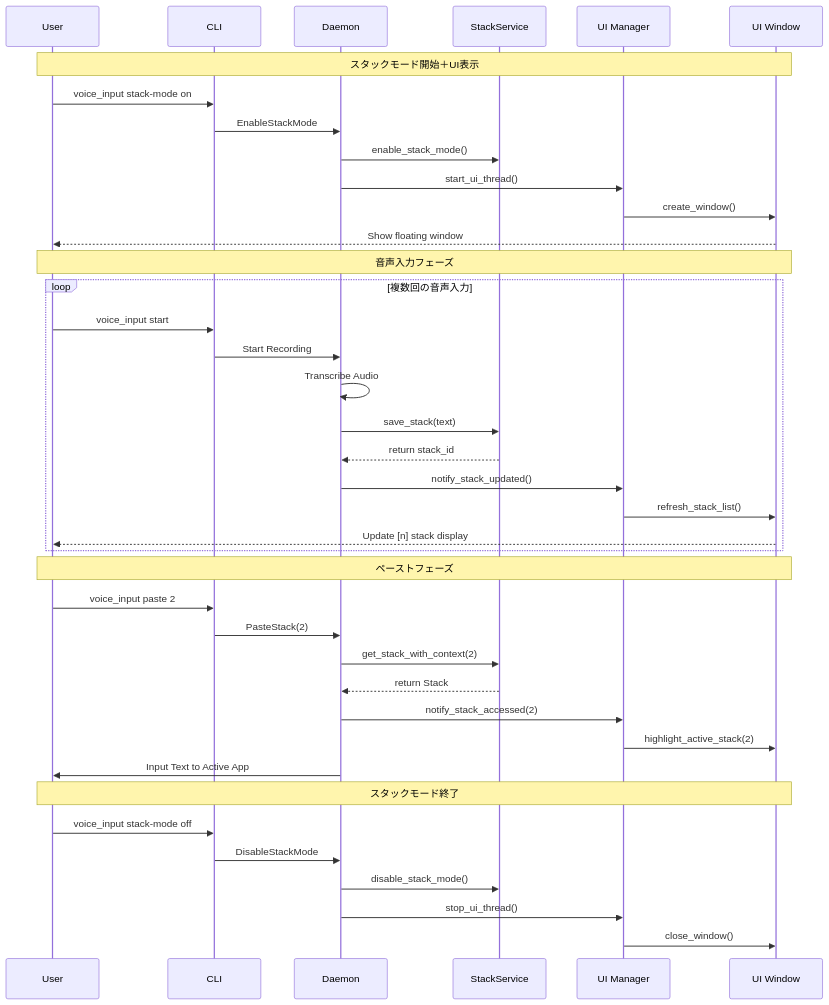
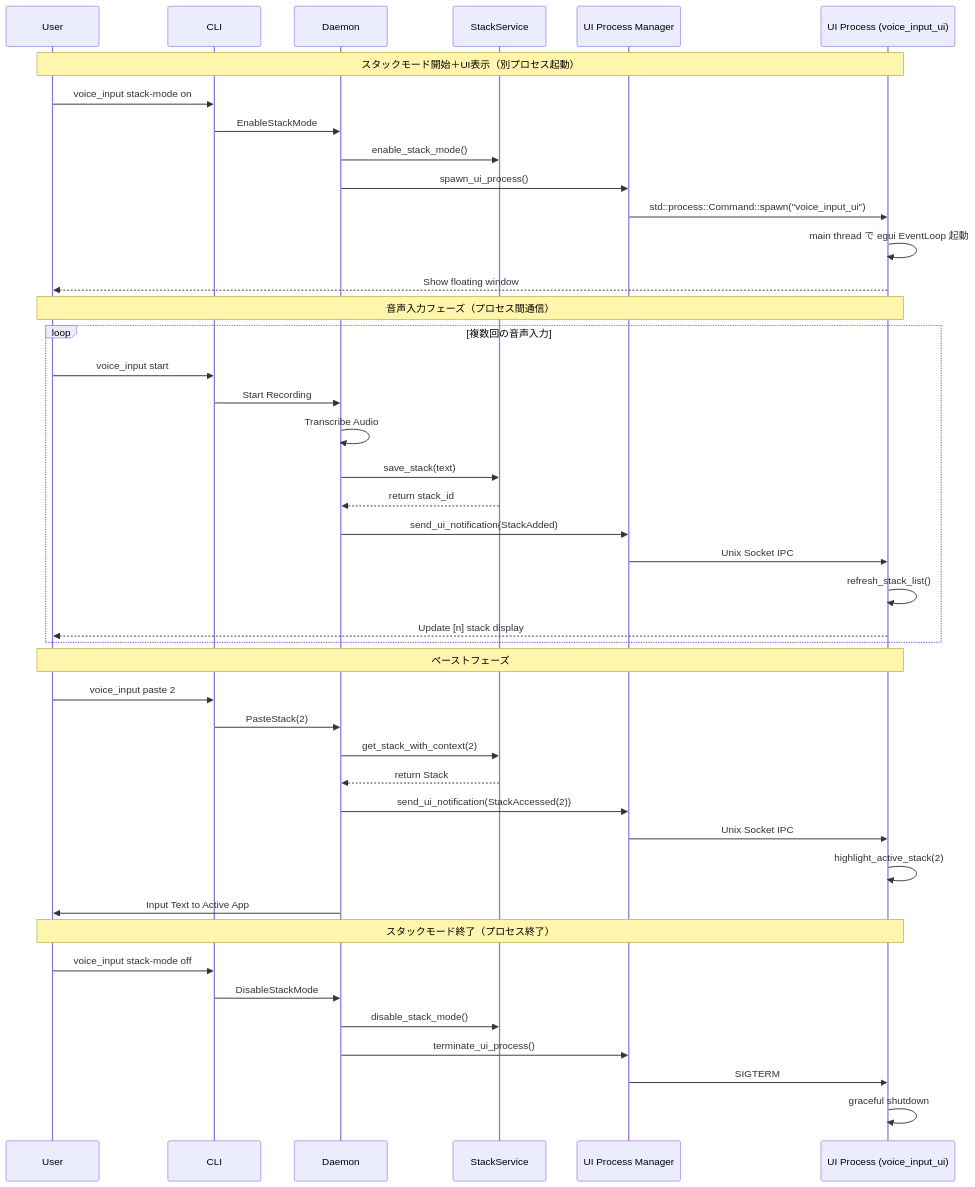
Before and after one commit to kazuhideoki/voice_input: the diagram in dev-docs/multi-stacking/phases/p4.md, drawn with Mermaid. The commit also changed other lines of this file and 17 other files, not shown here.

````diff
--- a/dev-docs/multi-stacking/phases/p4.md
+++ b/dev-docs/multi-stacking/phases/p4.md
@@ -74,45 +87,49 @@
 ```mermaid
 sequenceDiagram
     participant U as User
     participant C as CLI
     participant D as Daemon
     participant S as StackService
-    participant UI as UI Manager
-    participant W as UI Window
+    participant UP as UI Process Manager
+    participant UI as UI Process (voice_input_ui)
 
-    Note over U,W: スタックモード開始＋UI表示
+    Note over U,UI: スタックモード開始＋UI表示（別プロセス起動）
     U->>C: voice_input stack-mode on
     C->>D: EnableStackMode
     D->>S: enable_stack_mode()
-    D->>UI: start_ui_thread()
-    UI->>W: create_window()
-    W-->>U: Show floating window
+    D->>UP: spawn_ui_process()
+    UP->>UI: std::process::Command::spawn("voice_input_ui")
+    UI->>UI: main thread で egui EventLoop 起動
+    UI-->>U: Show floating window
 
-    Note over U,W: 音声入力フェーズ
+    Note over U,UI: 音声入力フェーズ（プロセス間通信）
     loop 複数回の音声入力
         U->>C: voice_input start
         C->>D: Start Recording
         D->>D: Transcribe Audio
         D->>S: save_stack(text)
         S-->>D: return stack_id
-        D->>UI: notify_stack_updated()
-        UI->>W: refresh_stack_list()
-        W-->>U: Update [n] stack display
+        D->>UP: send_ui_notification(StackAdded)
+        UP->>UI: Unix Socket IPC
+        UI->>UI: refresh_stack_list()
+        UI-->>U: Update [n] stack display
     end
 
-    Note over U,W: ペーストフェーズ
+    Note over U,UI: ペーストフェーズ
     U->>C: voice_input paste 2
     C->>D: PasteStack(2)
     D->>S: get_stack_with_context(2)
     S-->>D: return Stack
-    D->>UI: notify_stack_accessed(2)
-    UI->>W: highlight_active_stack(2)
+    D->>UP: send_ui_notification(StackAccessed(2))
+    UP->>UI: Unix Socket IPC
+    UI->>UI: highlight_active_stack(2)
     D->>U: Input Text to Active App
 
-    Note over U,W: スタックモード終了
+    Note over U,UI: スタックモード終了（プロセス終了）
     U->>C: voice_input stack-mode off
     C->>D: DisableStackMode
     D->>S: disable_stack_mode()
-    D->>UI: stop_ui_thread()
-    UI->>W: close_window()
+    D->>UP: terminate_ui_process()
+    UP->>UI: SIGTERM
+    UI->>UI: graceful shutdown
 ```
````
